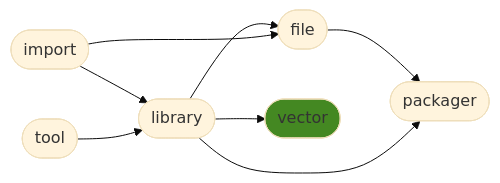
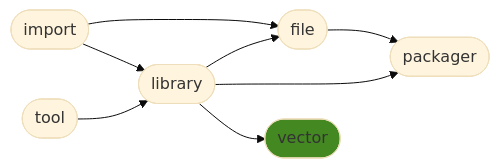
The diagram in README.md (ManderaGeneral/generalvector), drawn with Mermaid (base theme) before and after one commit. The commit also changed other lines of this file, not shown here.

````diff
--- a/README.md
+++ b/README.md
@@ -24,17 +24,17 @@
 ```mermaid
 flowchart LR
-3([file]) --> 5([packager])
-0([import]) --> 2([library])
+0([import]) --> 3([file])
 2([library]) --> 3([file])
 2([library]) --> 5([packager])
+0([import]) --> 2([library])
+1([tool]) --> 2([library])
+3([file]) --> 5([packager])
 2([library]) --> 4([vector])
-0([import]) --> 3([file])
-1([tool]) --> 2([library])
 click 0 "https://github.com/ManderaGeneral/generalimport"
 click 1 "https://github.com/ManderaGeneral/generaltool"
 click 2 "https://github.com/ManderaGeneral/generallibrary"
 click 3 "https://github.com/ManderaGeneral/generalfile"
 click 4 "https://github.com/ManderaGeneral/generalvector"
 click 5 "https://github.com/ManderaGeneral/generalpackager"
 style 4 fill:#482
 ```
````
